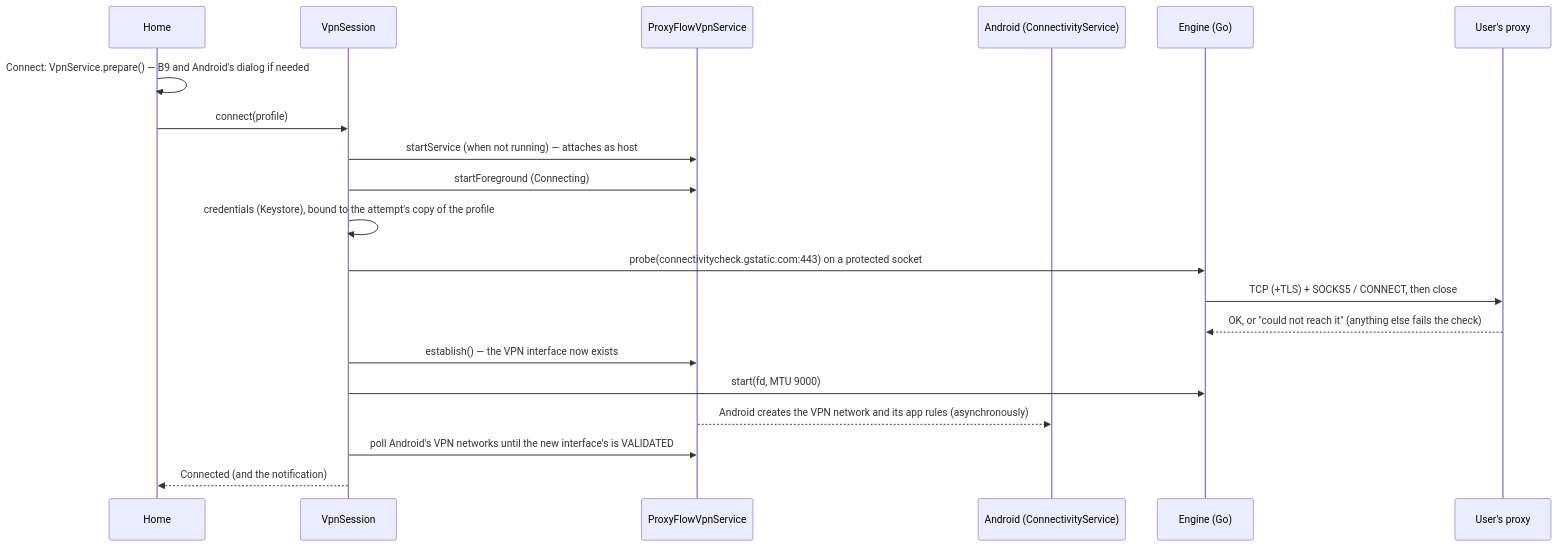
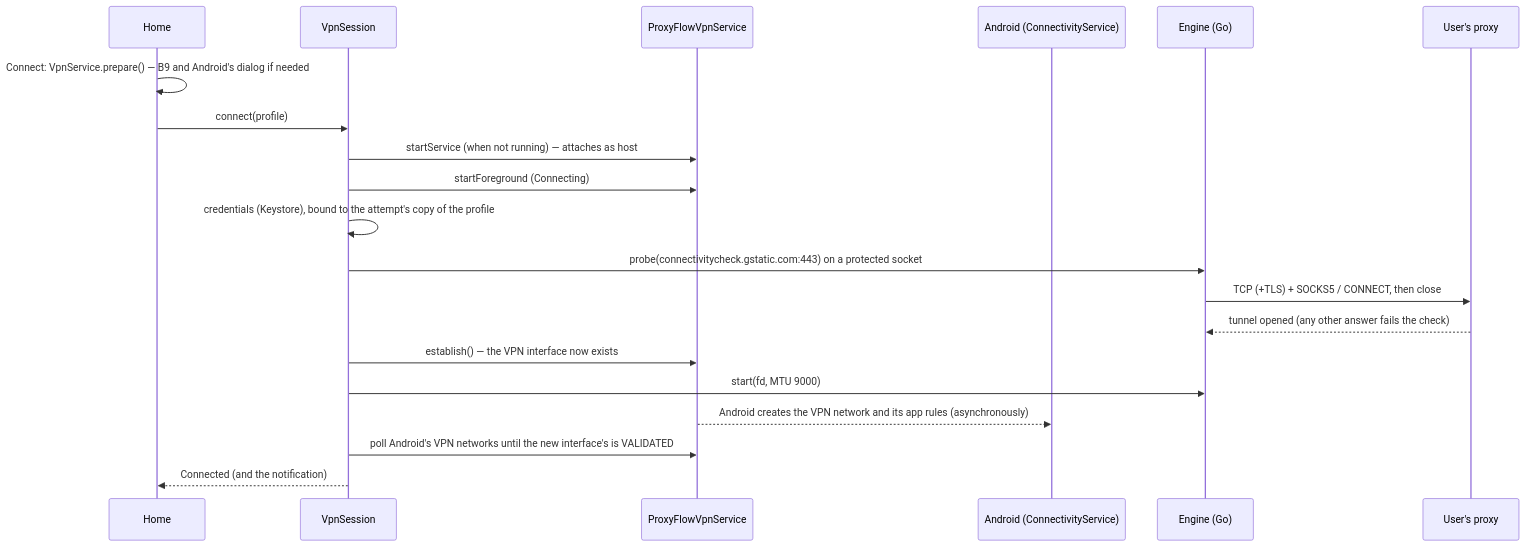
The diagram in docs/m5/vpn-service-integration.md (bibekthapamgr/app), drawn with Mermaid before and after one commit. The commit also changed other lines of this file and 13 other files, not shown here.

First line of the commit message:
M5: one VPN interface per connection; check passes only on an opened tunnel; second review fixes

````diff
--- a/docs/m5/vpn-service-integration.md
+++ b/docs/m5/vpn-service-integration.md
@@ -22,22 +22,22 @@
 ```mermaid
 sequenceDiagram
     participant UI as Home
     participant S as VpnSession
     participant VS as ProxyFlowVpnService
     participant A as Android (ConnectivityService)
     participant E as Engine (Go)
     participant P as User's proxy
     UI->>UI: Connect: VpnService.prepare() — B9 and Android's dialog if needed
     UI->>S: connect(profile)
     S->>VS: startService (when not running) — attaches as host
     S->>VS: startForeground (Connecting)
     S->>S: credentials (Keystore), bound to the attempt's copy of the profile
     S->>E: probe(connectivitycheck.gstatic.com:443) on a protected socket
     E->>P: TCP (+TLS) + SOCKS5 / CONNECT, then close
-    P-->>E: OK, or "could not reach it" (anything else fails the check)
+    P-->>E: tunnel opened (any other answer fails the check)
     S->>VS: establish() — the VPN interface now exists
     S->>E: start(fd, MTU 9000)
     VS-->>A: Android creates the VPN network and its app rules (asynchronously)
     S->>VS: poll Android's VPN networks until the new interface's is VALIDATED
     S-->>UI: Connected (and the notification)
 ```
````
